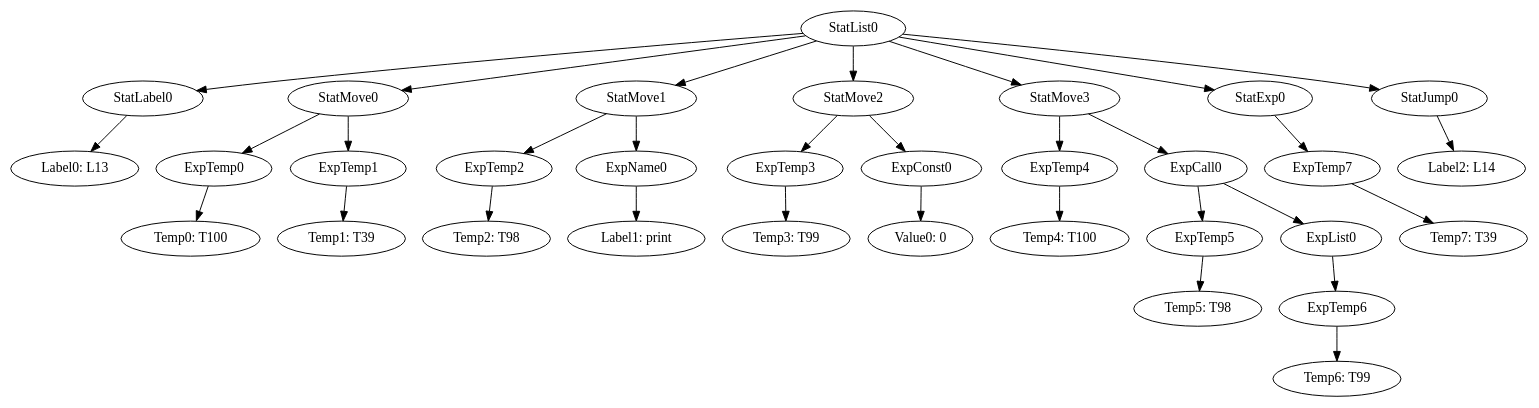
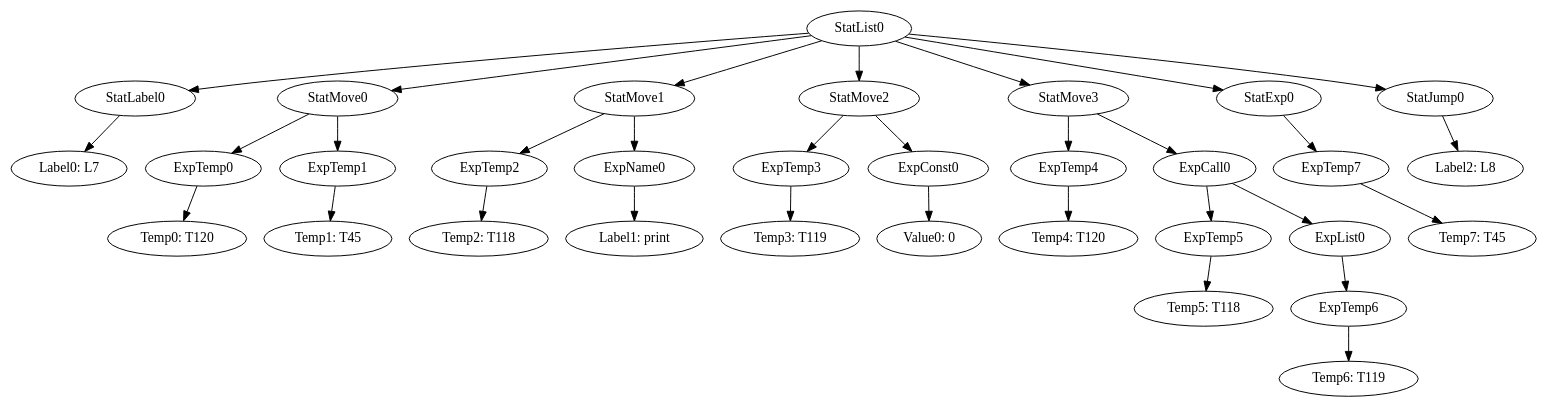
One commit to team-compilers/compilers changed the diagram in MiniJava/results/SamplesCorrect/BinarySearch/BS@Start/blocks/11.gv. Above: the diagram before and after it, drawn with Graphviz. The commit also changed 569 other files, not shown here.

```diff
--- a/MiniJava/results/SamplesCorrect/BinarySearch/BS@Start/blocks/11.gv
+++ b/MiniJava/results/SamplesCorrect/BinarySearch/BS@Start/blocks/11.gv
@@ -1,34 +1,34 @@
 digraph {
 	ordering = out;
 	ExpList0 -> ExpTemp6;
-	ExpTemp6 -> "Temp6: T99";
-	StatJump0 -> "Label2: L14";
-	ExpTemp5 -> "Temp5: T98";
+	ExpTemp6 -> "Temp6: T119";
+	StatJump0 -> "Label2: L8";
+	ExpTemp5 -> "Temp5: T118";
 	StatMove3 -> ExpTemp4;
 	StatMove3 -> ExpCall0;
 	ExpCall0 -> ExpTemp5;
 	ExpCall0 -> ExpList0;
-	ExpTemp4 -> "Temp4: T100";
+	ExpTemp4 -> "Temp4: T120";
 	ExpConst0 -> "Value0: 0";
 	StatMove0 -> ExpTemp0;
 	StatMove0 -> ExpTemp1;
 	StatExp0 -> ExpTemp7;
-	ExpTemp0 -> "Temp0: T100";
+	ExpTemp0 -> "Temp0: T120";
 	StatList0 -> StatLabel0;
 	StatList0 -> StatMove0;
 	StatList0 -> StatMove1;
 	StatList0 -> StatMove2;
 	StatList0 -> StatMove3;
 	StatList0 -> StatExp0;
 	StatList0 -> StatJump0;
-	StatLabel0 -> "Label0: L13";
-	ExpTemp3 -> "Temp3: T99";
-	ExpTemp1 -> "Temp1: T39";
+	StatLabel0 -> "Label0: L7";
+	ExpTemp3 -> "Temp3: T119";
+	ExpTemp1 -> "Temp1: T45";
 	StatMove1 -> ExpTemp2;
 	StatMove1 -> ExpName0;
-	ExpTemp2 -> "Temp2: T98";
+	ExpTemp2 -> "Temp2: T118";
 	StatMove2 -> ExpTemp3;
 	StatMove2 -> ExpConst0;
-	ExpTemp7 -> "Temp7: T39";
+	ExpTemp7 -> "Temp7: T45";
 	ExpName0 -> "Label1: print";
 }
```
